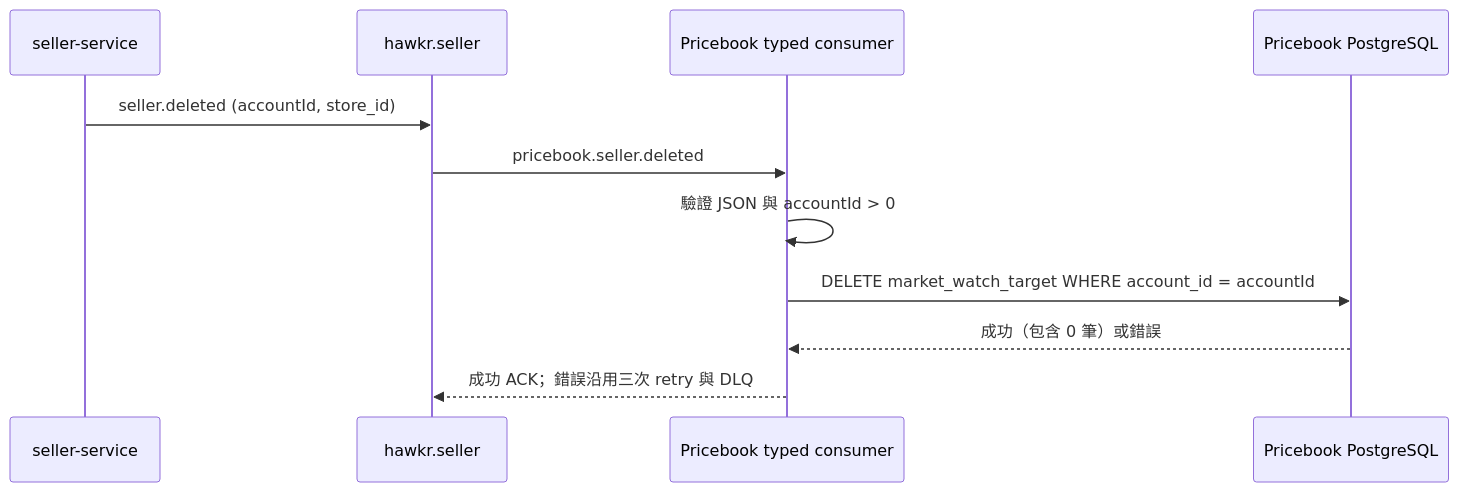
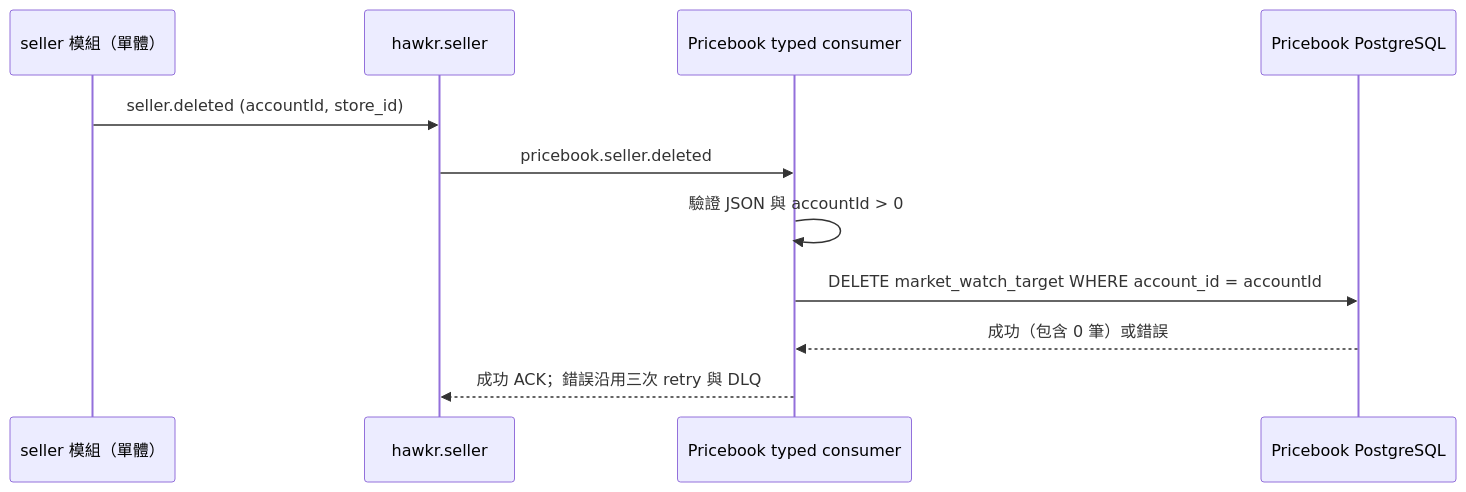
Before and after one commit to Will413028/hawkr: the fifth of 6 diagrams in backend/docs/詳細設計書/62-Pricebook 全市場品項行情.md, drawn with Mermaid. The commit also changed other lines of this file, not shown here.

Commit message:
docs(backend): 62 Pricebook 把已取代服務的敘述改成單體現況

````diff
--- a/backend/docs/詳細設計書/62-Pricebook 全市場品項行情.md
+++ b/backend/docs/詳細設計書/62-Pricebook 全市場品項行情.md
@@ -274,13 +274,13 @@
 ```mermaid
 sequenceDiagram
-    participant Seller as seller-service
+    participant Seller as seller 模組（單體）
     participant MQ as hawkr.seller
     participant Worker as Pricebook typed consumer
     participant DB as Pricebook PostgreSQL
     Seller->>MQ: seller.deleted (accountId, store_id)
     MQ->>Worker: pricebook.seller.deleted
     Worker->>Worker: 驗證 JSON 與 accountId > 0
     Worker->>DB: DELETE market_watch_target WHERE account_id = accountId
     DB-->>Worker: 成功（包含 0 筆）或錯誤
     Worker-->>MQ: 成功 ACK；錯誤沿用三次 retry 與 DLQ
 ```
````
